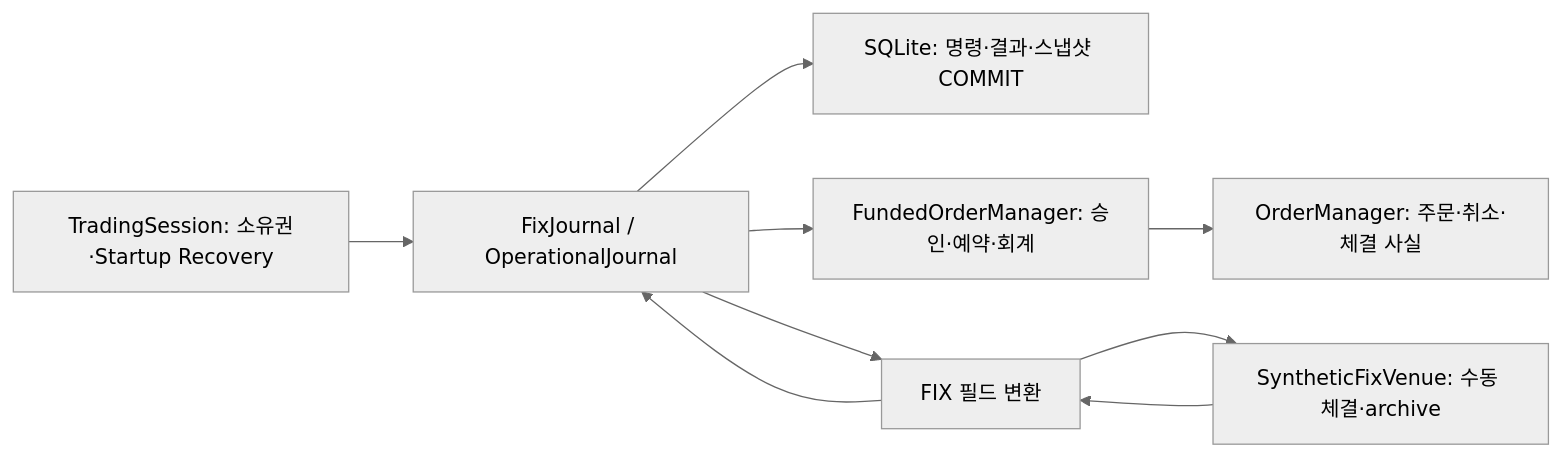
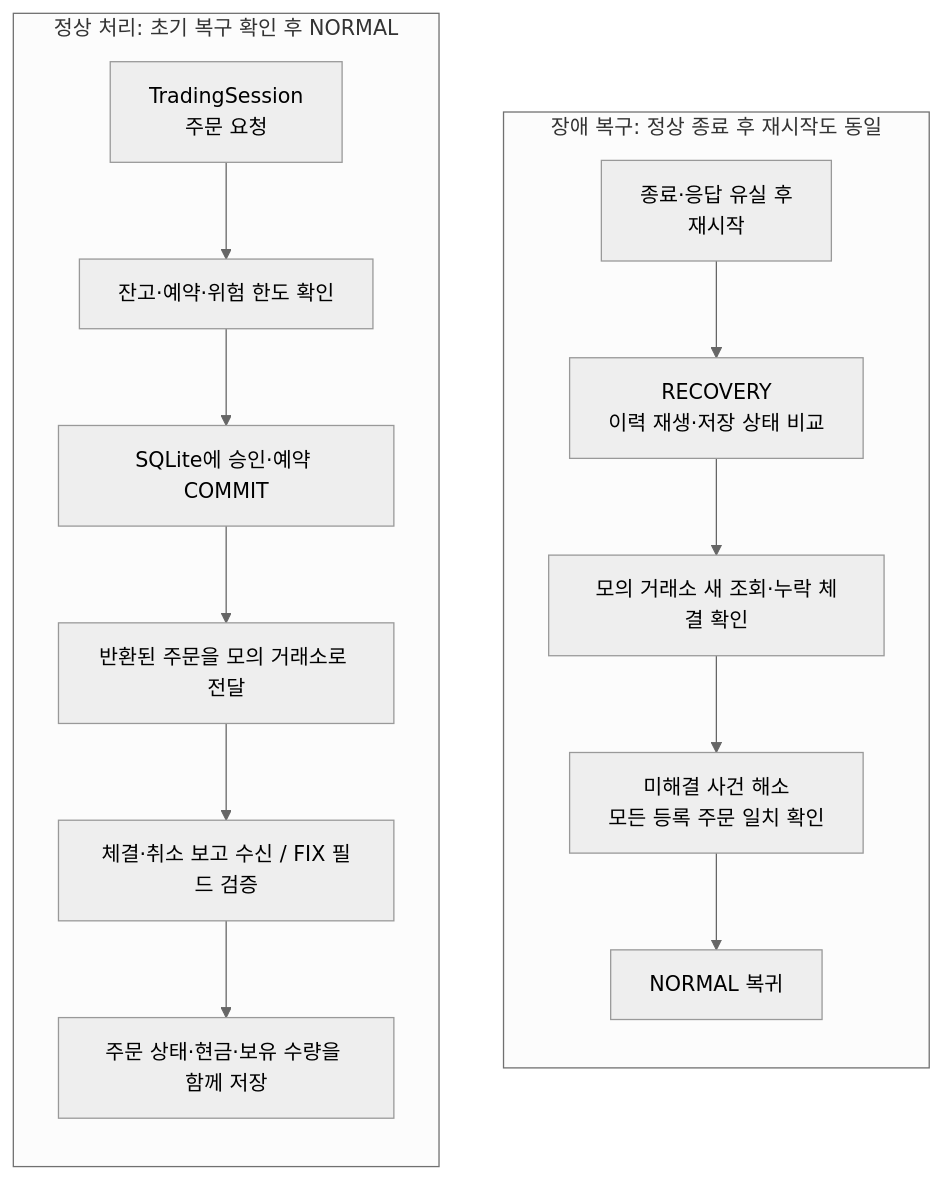
Before and after one commit to Min9s/liquidation-aware-market-microstructure-research: the diagram in README.md, drawn with Mermaid (neutral theme). The commit also changed other lines of this file and 2 other files, not shown here.

Commit message:
docs: clarify OMS workflow, recovery guarantees, and code navigation

````diff
--- a/README.md
+++ b/README.md
@@ -38,11 +21,19 @@
 ```mermaid
 flowchart LR
-    S["TradingSession: 소유권·Startup Recovery"] --> J["FixJournal / OperationalJournal"]
-    J --> T["SQLite: 명령·결과·스냅샷 COMMIT"]
-    J --> F["FundedOrderManager: 승인·예약·회계"]
-    F --> O["OrderManager: 주문·취소·체결 사실"]
-    J --> A["FIX 필드 변환"]
-    A --> V["SyntheticFixVenue: 수동 체결·archive"]
-    V --> A
-    A --> J
+    subgraph normal["정상 처리: 초기 복구 확인 후 NORMAL"]
+        direction TB
+        A["TradingSession<br/>주문 요청"] --> B["잔고·예약·위험 한도 확인"]
+        B --> C["SQLite에 승인·예약 COMMIT"]
+        C --> D["반환된 주문을 모의 거래소로 전달"]
+        D --> E["체결·취소 보고 수신 / FIX 필드 검증"]
+        E --> F["주문 상태·현금·보유 수량을 함께 저장"]
+    end
+    subgraph recovery["장애 복구: 정상 종료 후 재시작도 동일"]
+        direction TB
+        G["종료·응답 유실 후<br/>재시작"] --> H["RECOVERY<br/>이력 재생·저장 상태 비교"]
+        H --> I["모의 거래소 새 조회·누락 체결 확인"]
+        I --> J["미해결 사건 해소<br/>모든 등록 주문 일치 확인"]
+        J --> K["NORMAL 복귀"]
+    end
+    normal ~~~ recovery
 ```
````
